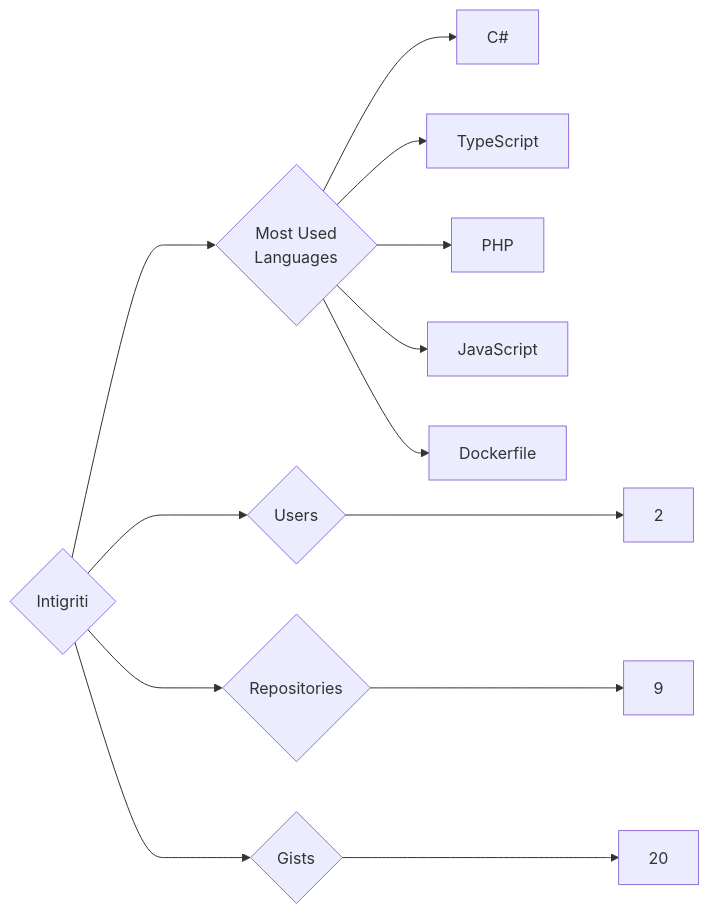
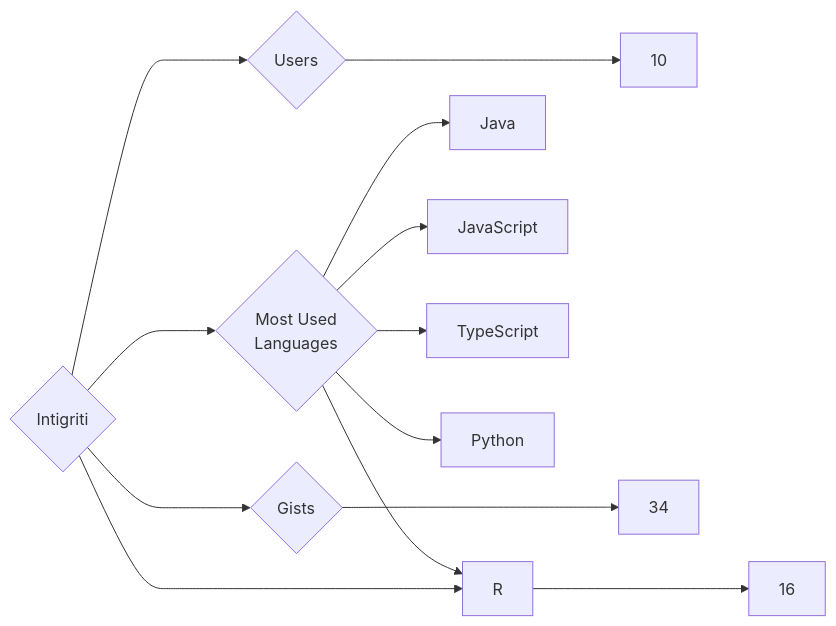
Before and after one commit to trickest/insiders: the diagram in targets/Intigriti/README.md, drawn with Mermaid. The commit also changed 1175 other files, not shown here.

````diff
--- a/targets/Intigriti/README.md
+++ b/targets/Intigriti/README.md
@@ -3,13 +3,13 @@
 ```mermaid
 graph LR
 COMPANY_NAME{Intigriti}
-COMPANY_NAME ---> U{Users} ---> UN[2]
-COMPANY_NAME ---> R{Repositories} ---> RN[9]
-COMPANY_NAME ---> G{Gists} ---> GN[20]
+COMPANY_NAME ---> U{Users} ---> UN[10]
+COMPANY_NAME ---> R{Repositories} ---> RN[16]
+COMPANY_NAME ---> G{Gists} ---> GN[34]
 COMPANY_NAME ---> ML{Most Used<br>Languages}
-ML --> C#[C#]
+ML --> Java[Java]
+ML --> JavaScript[JavaScript]
 ML --> TypeScript[TypeScript]
-ML --> PHP[PHP]
-ML --> JavaScript[JavaScript]
-ML --> Dockerfile[Dockerfile]
+ML --> R[R]
+ML --> Python[Python]
 ```
````
